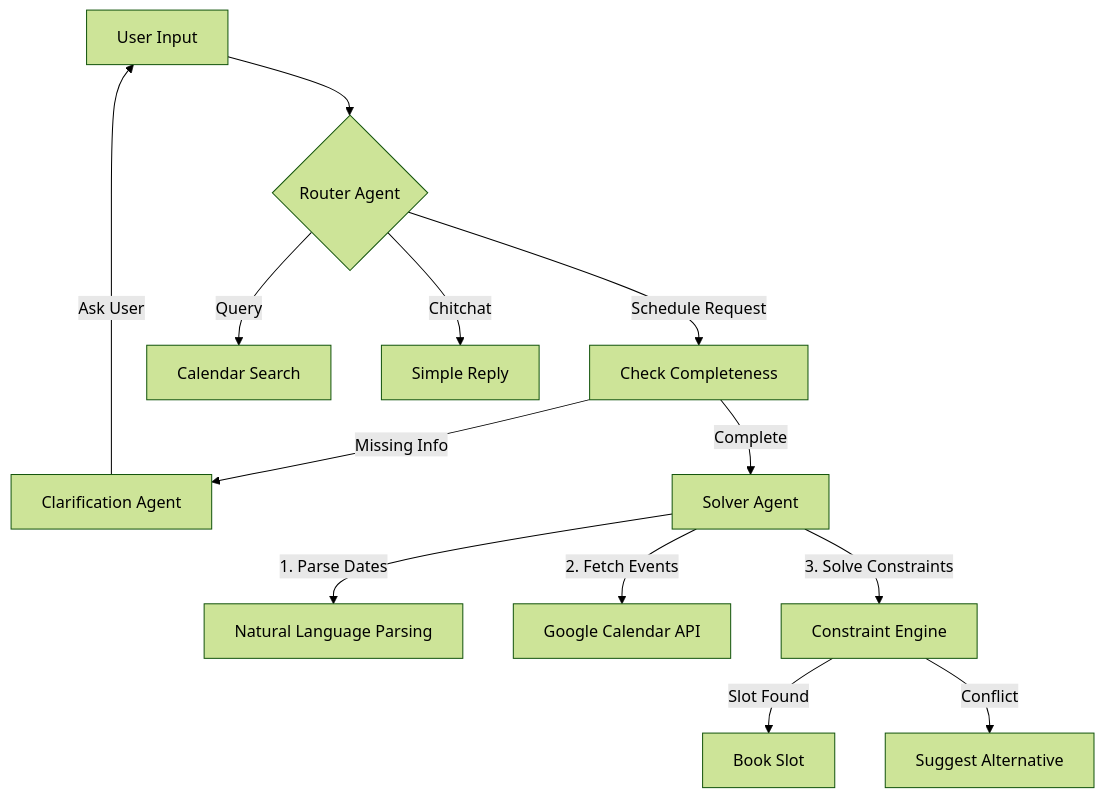
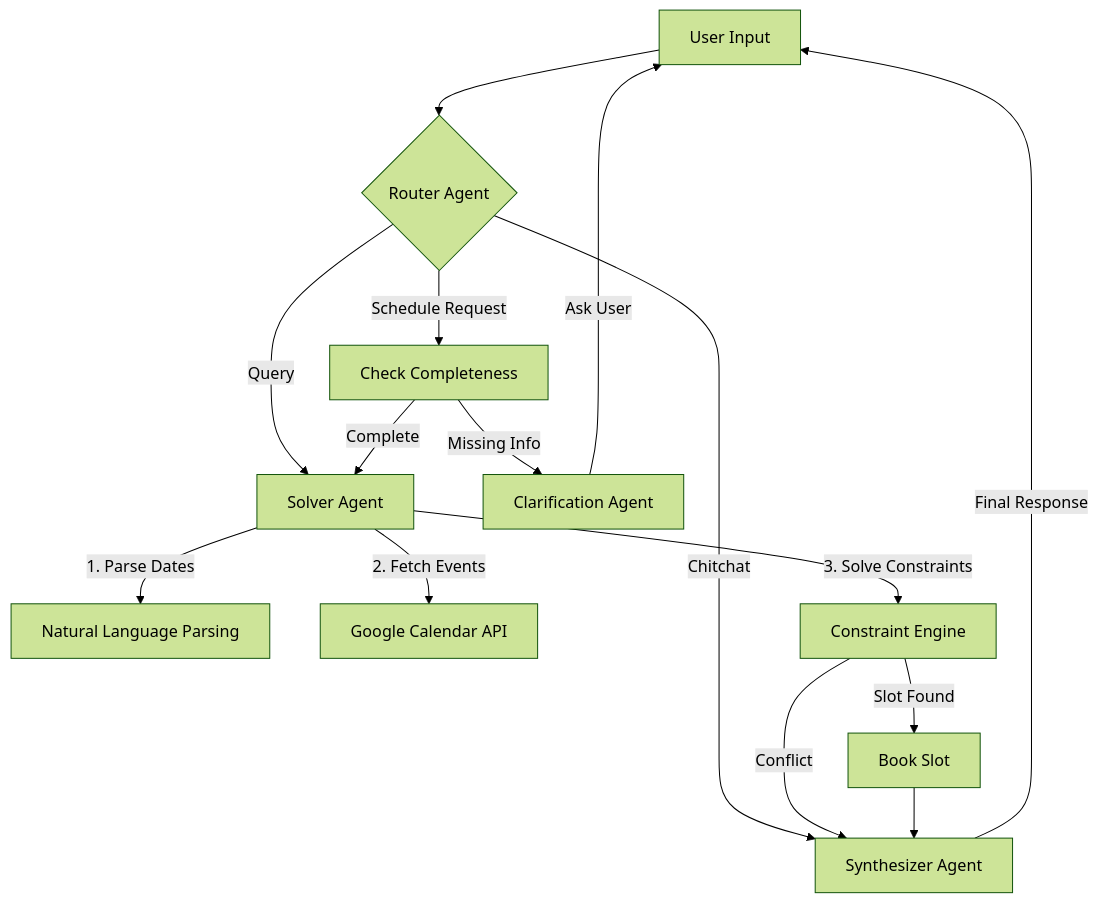
The diagram in README.md (r-baruah/Time-Gambit), drawn with Mermaid (forest theme) before and after one commit. The commit also changed other lines of this file and 17 other files, not shown here.

Commit message:
Add Kairos Telegram Bot with auth-first flow

````diff
--- a/README.md
+++ b/README.md
@@ -23,17 +24,19 @@
 ```mermaid
 graph TD
     User[User Input] --> Router{Router Agent}
     Router -->|Schedule Request| Check[Check Completeness]
-    Router -->|Query| Search[Calendar Search]
-    Router -->|Chitchat| Reply[Simple Reply]
-    
+    Router -->|Query| Solver[Solver Agent]
+    Router -->|Chitchat| Synthesizer[Synthesizer Agent]
+
     Check -->|Missing Info| Clarify[Clarification Agent]
     Clarify -->|Ask User| User
-    
-    Check -->|Complete| Solver[Solver Agent]
+
+    Check -->|Complete| Solver
     Solver -->|1. Parse Dates| NLP[Natural Language Parsing]
     Solver -->|2. Fetch Events| GCal[Google Calendar API]
     Solver -->|3. Solve Constraints| Logic[Constraint Engine]
     Logic -->|Slot Found| Book[Book Slot]
-    Logic -->|Conflict| Suggest[Suggest Alternative]
+    Logic -->|Conflict| Synthesizer
+    Book --> Synthesizer
+    Synthesizer -->|Final Response| User
 ```
````
